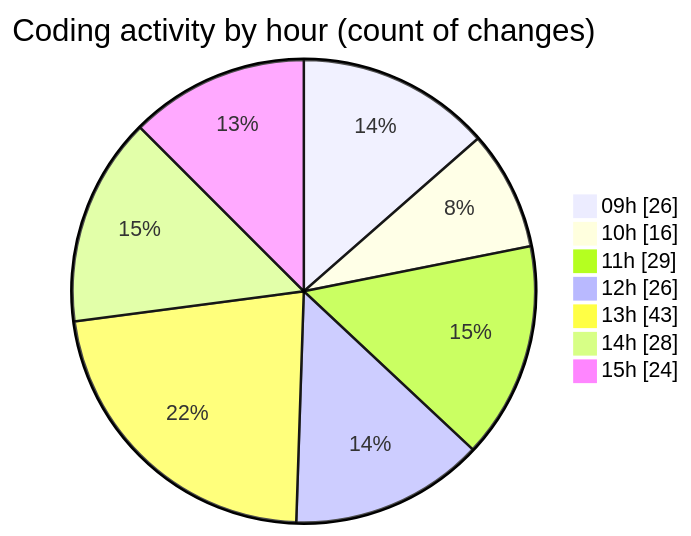
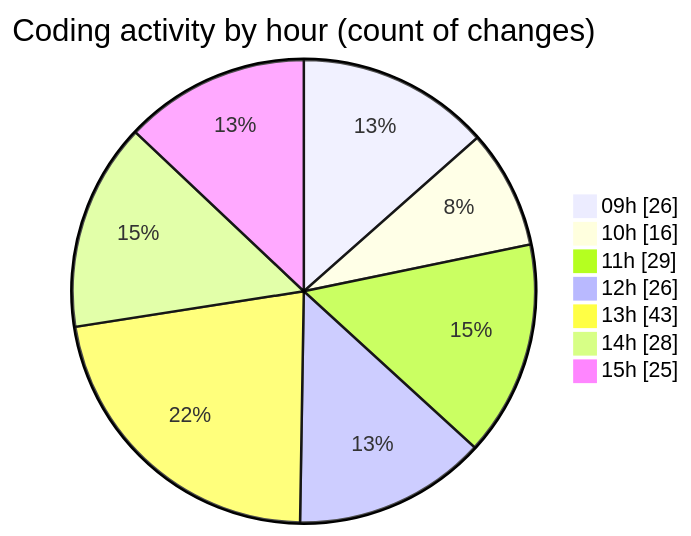
Before and after one commit to momahboobian/code-tracking: the second of 2 diagrams in 2025-11-17/cda/README.md, drawn with Mermaid. The commit also changed other lines of this file and 1 other file, not shown here.

````diff
--- a/2025-11-17/cda/README.md
+++ b/2025-11-17/cda/README.md
@@ -41,11 +41,11 @@
 ```mermaid
 pie showData
 title Coding activity by hour (count of changes)
 "09h" : 26
 "10h" : 16
 "11h" : 29
 "12h" : 26
 "13h" : 43
 "14h" : 28
-"15h" : 24
+"15h" : 25
 ```
````
